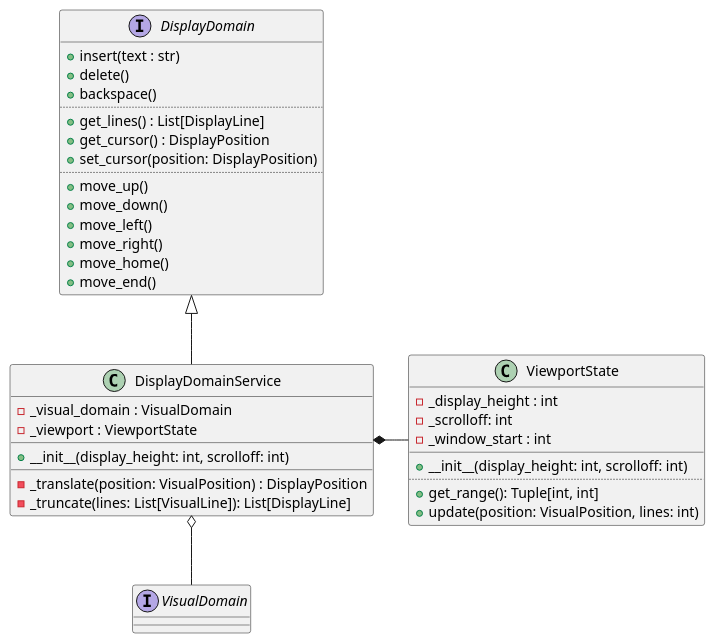
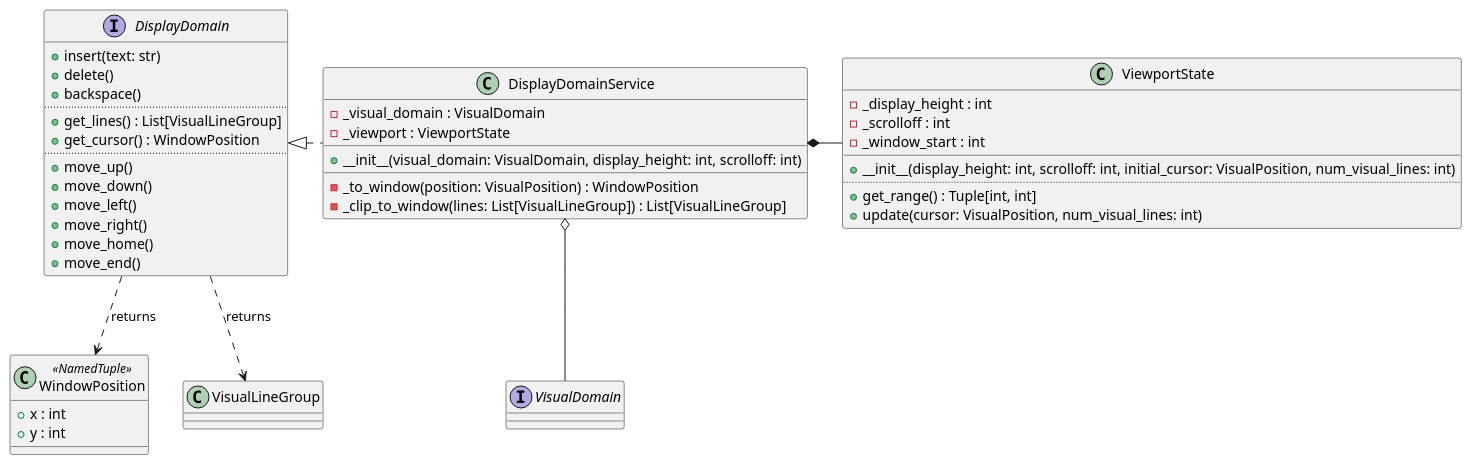
One commit to JoeRittiner/TextEngine changed the diagram in docs/source/specs/architecture/diagrams/class-display_domain.puml. Above: the diagram before and after it, drawn with PlantUML. The commit also changed 3 other files, not shown here.

Commit message:
doc: Polish class diagrams

```diff
--- a/docs/source/specs/architecture/diagrams/class-display_domain.puml
+++ b/docs/source/specs/architecture/diagrams/class-display_domain.puml
@@ -1,52 +1,60 @@
 @startuml
 
 interface VisualDomain
 
 interface DisplayDomain {
-    +insert(text : str)
+    +insert(text: str)
     +delete()
     +backspace()
     ..
-    +get_lines() : List[DisplayLine]
-    +get_cursor() : DisplayPosition
-    +set_cursor(position: DisplayPosition)
+    +get_lines() : List[VisualLineGroup]
+    +get_cursor() : WindowPosition
     ..
     +move_up()
     +move_down()
     +move_left()
     +move_right()
     +move_home()
     +move_end()
 }
 
 class DisplayDomainService {
     -_visual_domain : VisualDomain
     -_viewport : ViewportState
     __
-    +__init__(display_height: int, scrolloff: int)
+    +__init__(visual_domain: VisualDomain, display_height: int, scrolloff: int)
     __
-    -_translate(position: VisualPosition) : DisplayPosition
-    -_truncate(lines: List[VisualLine]): List[DisplayLine]
+    -_to_window(position: VisualPosition) : WindowPosition
+    -_clip_to_window(lines: List[VisualLineGroup]) : List[VisualLineGroup]
 }
 
 class ViewportState {
     -_display_height : int
-    -_scrolloff: int
+    -_scrolloff : int
     -_window_start : int
     __
-    +__init__(display_height: int, scrolloff: int)
+    +__init__(display_height: int, scrolloff: int, initial_cursor: VisualPosition, num_visual_lines: int)
     ..
-    +get_range(): Tuple[int, int]
-    ' [window_start, window_start + _display_height]
-    +update(position: VisualPosition, lines: int)
-    ' lines = number of visual lines
+    +get_range() : Tuple[int, int]
+    ' Returns [window_start, window_start + display_height - 1]
+    +update(cursor: VisualPosition, num_visual_lines: int)
 }
 
-' DisplayDomain --|> VisualDomain
+class WindowPosition <<NamedTuple>> {
+    +x : int
+    +y : int
+}
 
-DisplayDomain <|-- DisplayDomainService
+' ----
+
+DisplayDomain <|. DisplayDomainService
 
 DisplayDomainService *- ViewportState
 DisplayDomainService o-- VisualDomain
 
+' ----
+
+DisplayDomain ..> WindowPosition : returns
+DisplayDomain ..> VisualLineGroup : returns
+
 @enduml
```
